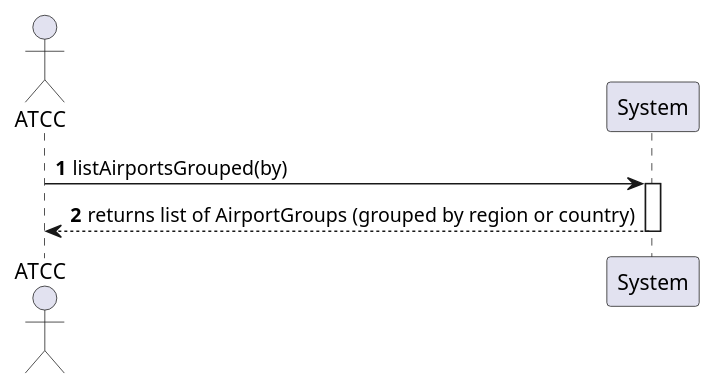
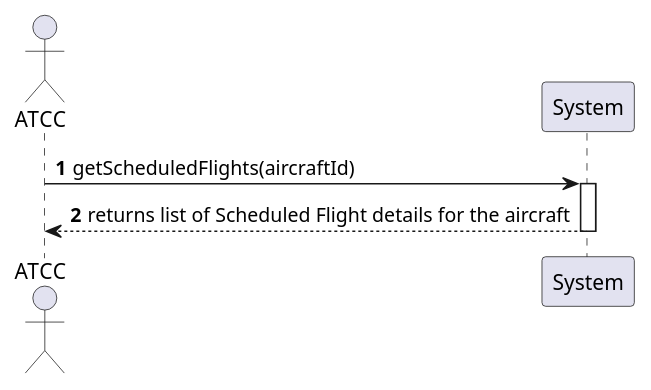
The diagram in docs/system-documentation/use-cases/WP3B/US213/puml/ssd_us213.puml (VascoMagolo/psoft_1231562_1241692_1242036_2db), drawn with PlantUML before and after one commit. The commit also changed 56 other files, not shown here.

```diff
--- a/docs/system-documentation/use-cases/WP3B/US213/puml/ssd_us213.puml
+++ b/docs/system-documentation/use-cases/WP3B/US213/puml/ssd_us213.puml
@@ -1,10 +1,10 @@
 @startuml
 autonumber
-actor "ATCC" as ATCC
+actor "ATCC" as BO
 participant "System" as Sys
 
-ATCC -> Sys : listAirportsGrouped(by)
+BO -> Sys : getScheduledFlights(aircraftId)
 activate Sys
-Sys --> ATCC : returns list of AirportGroups (grouped by region or country)
+Sys --> BO : returns list of Scheduled Flight details for the aircraft
 deactivate Sys
 @enduml
```
